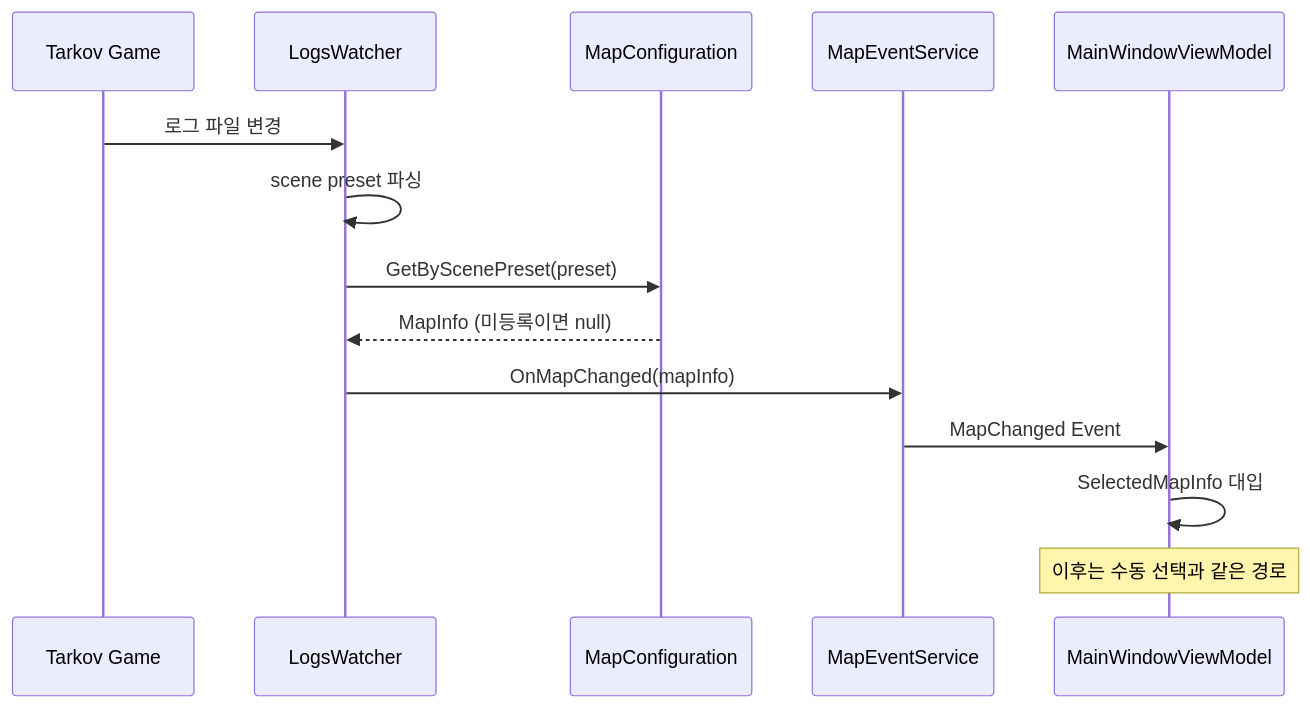
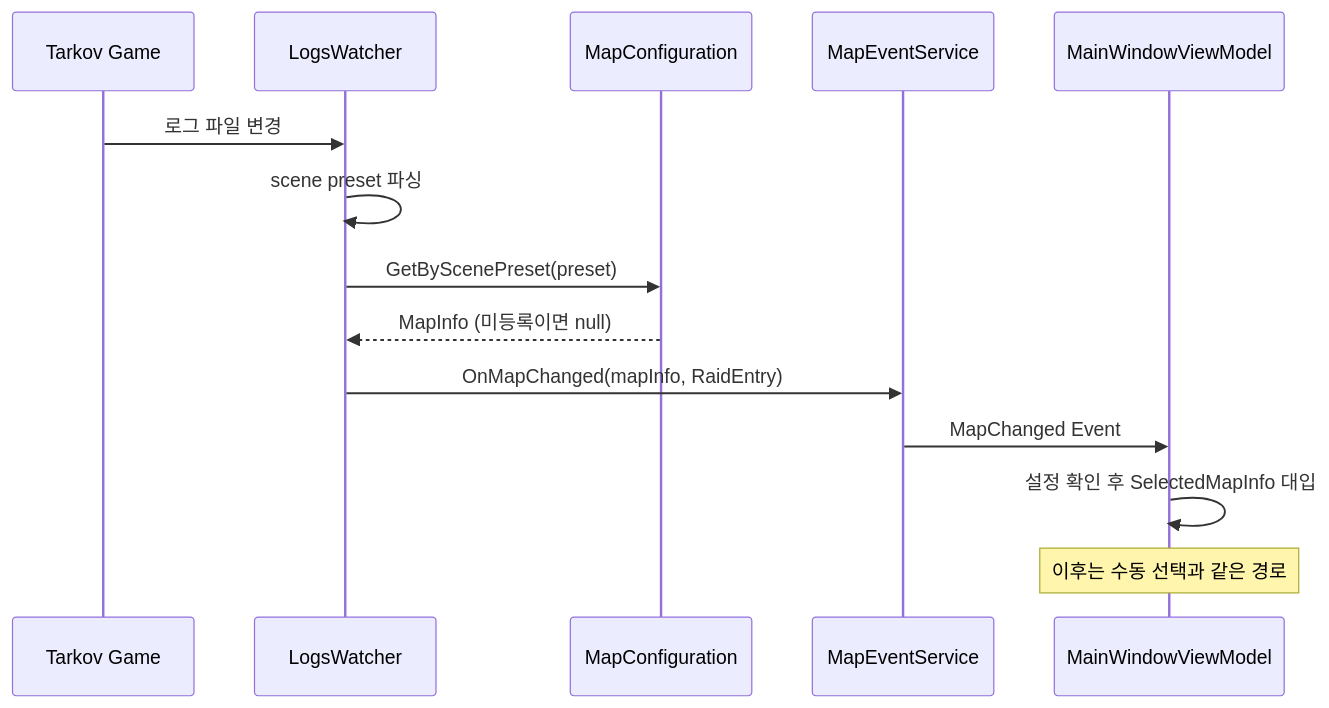
One commit to siakun/TanukiTarkovMap changed the third of 8 diagrams in PROJECT.md. Above: the diagram before and after it, drawn with Mermaid. The commit also changed other lines of this file and 7 other files, not shown here.

````diff
--- a/PROJECT.md
+++ b/PROJECT.md
@@ -163,17 +163,17 @@
 ```mermaid
 sequenceDiagram
     participant TK as Tarkov Game
     participant LW as LogsWatcher
     participant MC as MapConfiguration
     participant MES as MapEventService
     participant MWVM as MainWindowViewModel
 
     TK->>LW: 로그 파일 변경
     LW->>LW: scene preset 파싱
     LW->>MC: GetByScenePreset(preset)
     MC-->>LW: MapInfo (미등록이면 null)
-    LW->>MES: OnMapChanged(mapInfo)
+    LW->>MES: OnMapChanged(mapInfo, RaidEntry)
     MES->>MWVM: MapChanged Event
-    MWVM->>MWVM: SelectedMapInfo 대입
+    MWVM->>MWVM: 설정 확인 후 SelectedMapInfo 대입
     Note over MWVM: 이후는 수동 선택과 같은 경로
 ```
````
